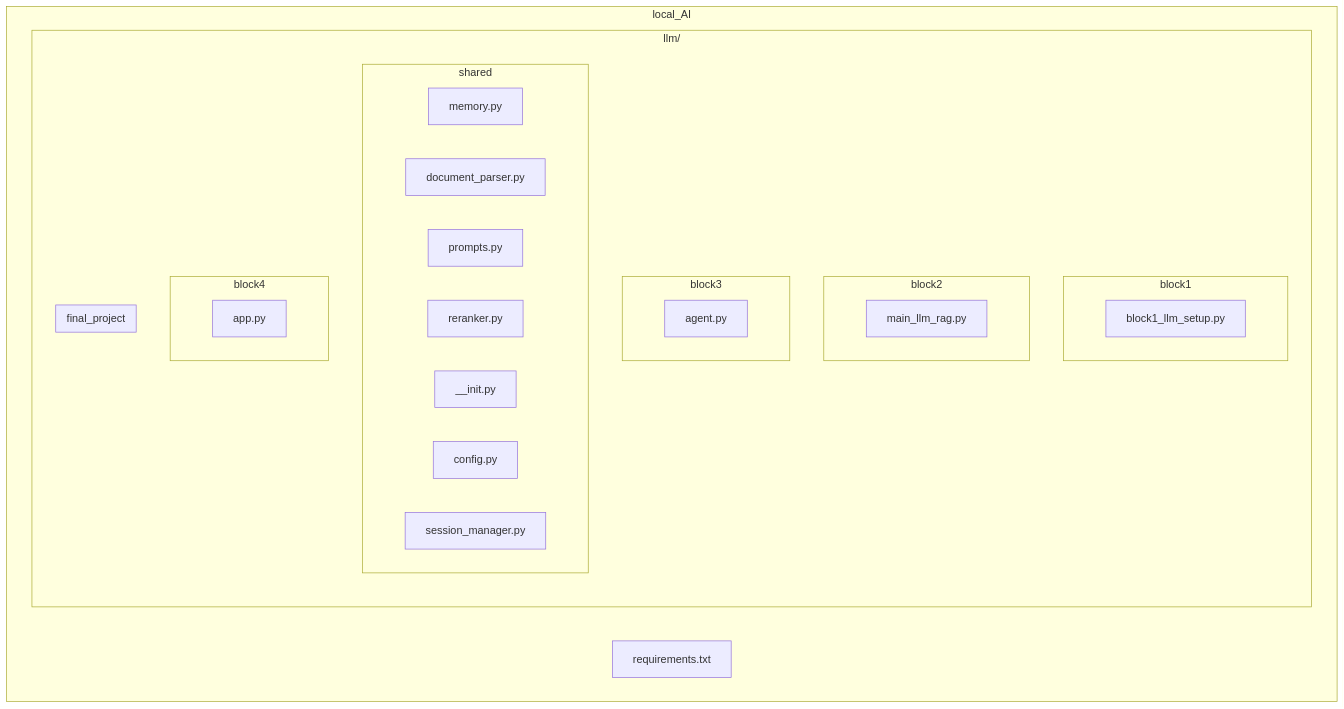
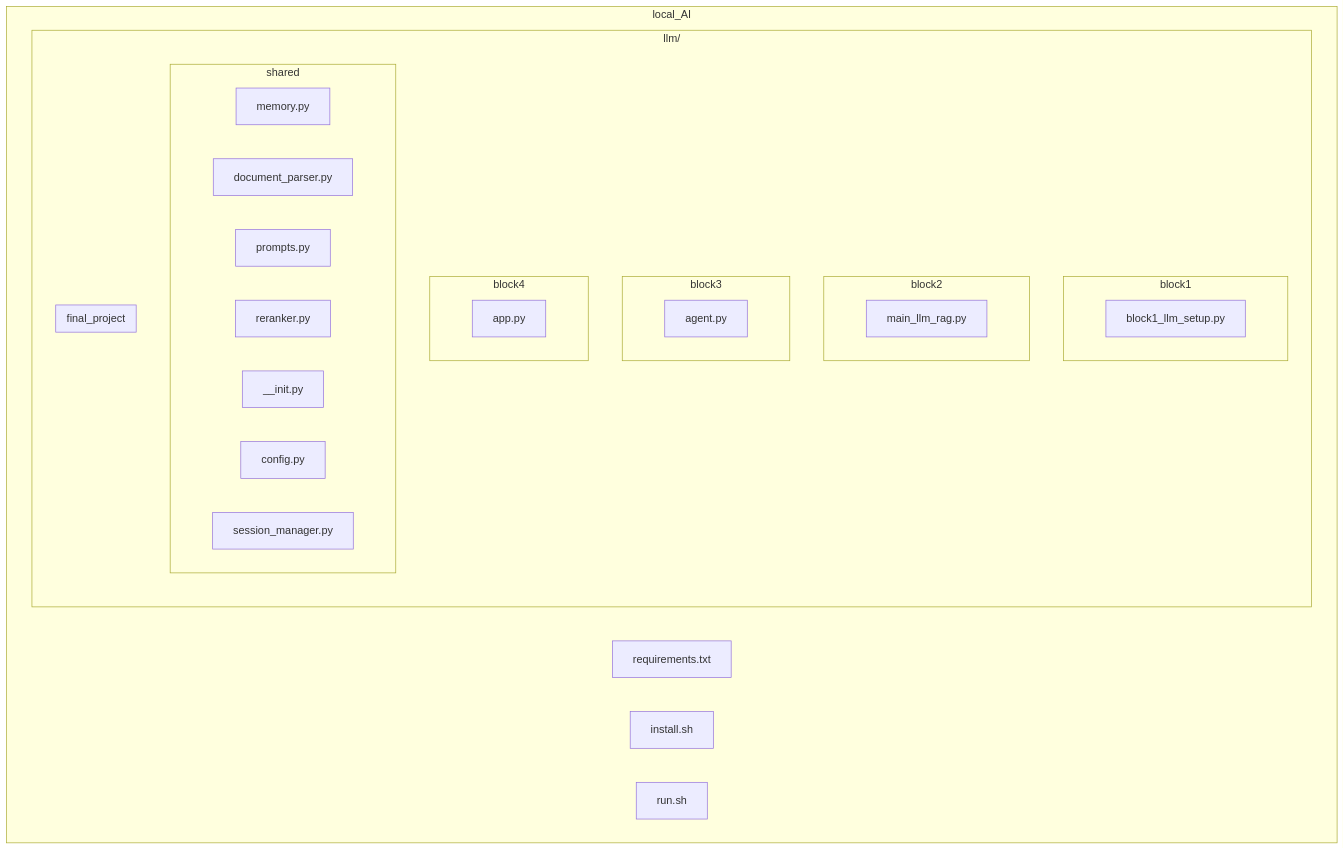
Before and after one commit to d1seternal/local_AI: the first of 2 diagrams in README.md, drawn with Mermaid. The commit also changed other lines of this file, not shown here.

````diff
--- a/README.md
+++ b/README.md
@@ -47,36 +76,40 @@
 ```mermaid
 graph TD
     subgraph "local_AI"
         A[requirements.txt]
+        B[install.sh]
+        C[run.sh]
         
         subgraph LLM[llm/]
             subgraph B1[block1]
                 B1F[block1_llm_setup.py]
             end
             
             subgraph B2[block2]
                 B2F1[main_llm_rag.py]
             end
             
             subgraph B3[block3]
                 B3F1[agent.py]
             end
             
-            subgraph B4[shared]
-                B4F1[memory.py]
-                B4F2[document_parser.py]
-                B4F3[prompts.py]
-                B4F4[reranker.py]
-                B4F5[__init.py]
-                B4F6[config.py]
-                B4F7[session_manager.py]
+            subgraph B4[block4]
+                B4F1[app.py]
             end
-            subgraph B5[block4]
-                B5F1[app.py]
+
+            subgraph B5[shared]
+                B5F1[memory.py]
+                B5F2[document_parser.py]
+                B5F3[prompts.py]
+                B5F4[reranker.py]
+                B5F5[__init.py]
+                B5F6[config.py]
+                B5F7[session_manager.py]
             end
+
             subgraph FP[final_project]
                 
             end
         end
     end
 ```
````
